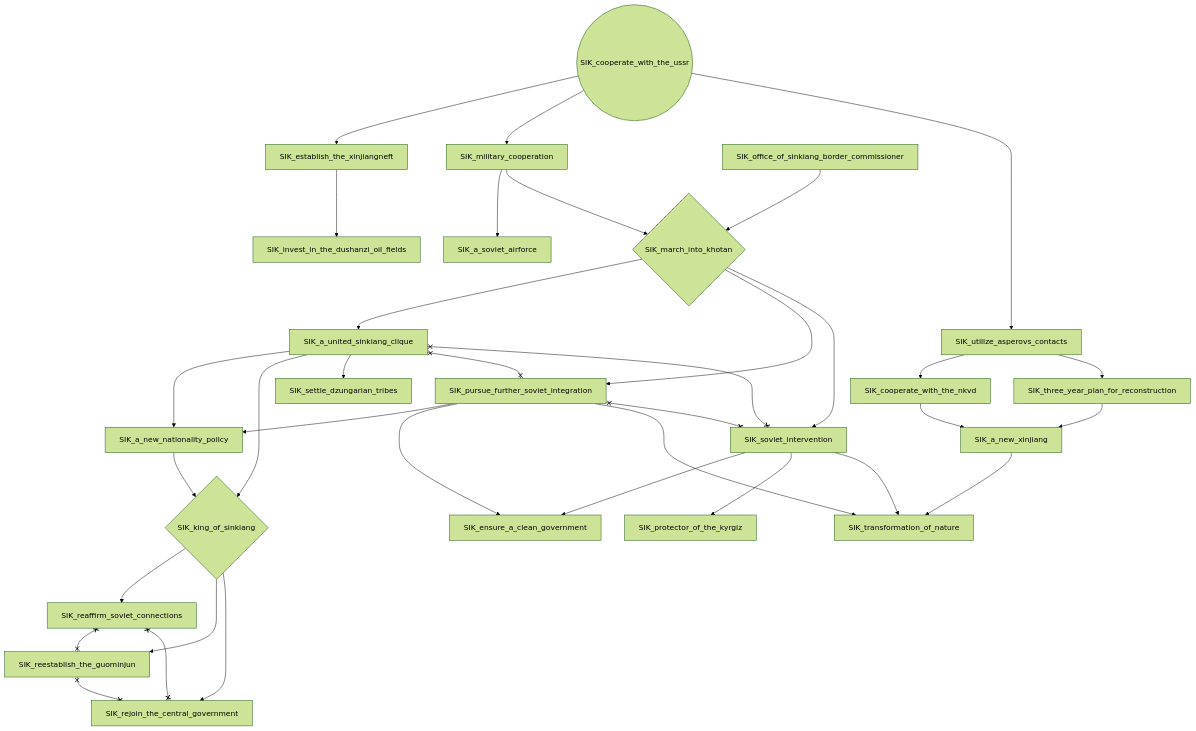
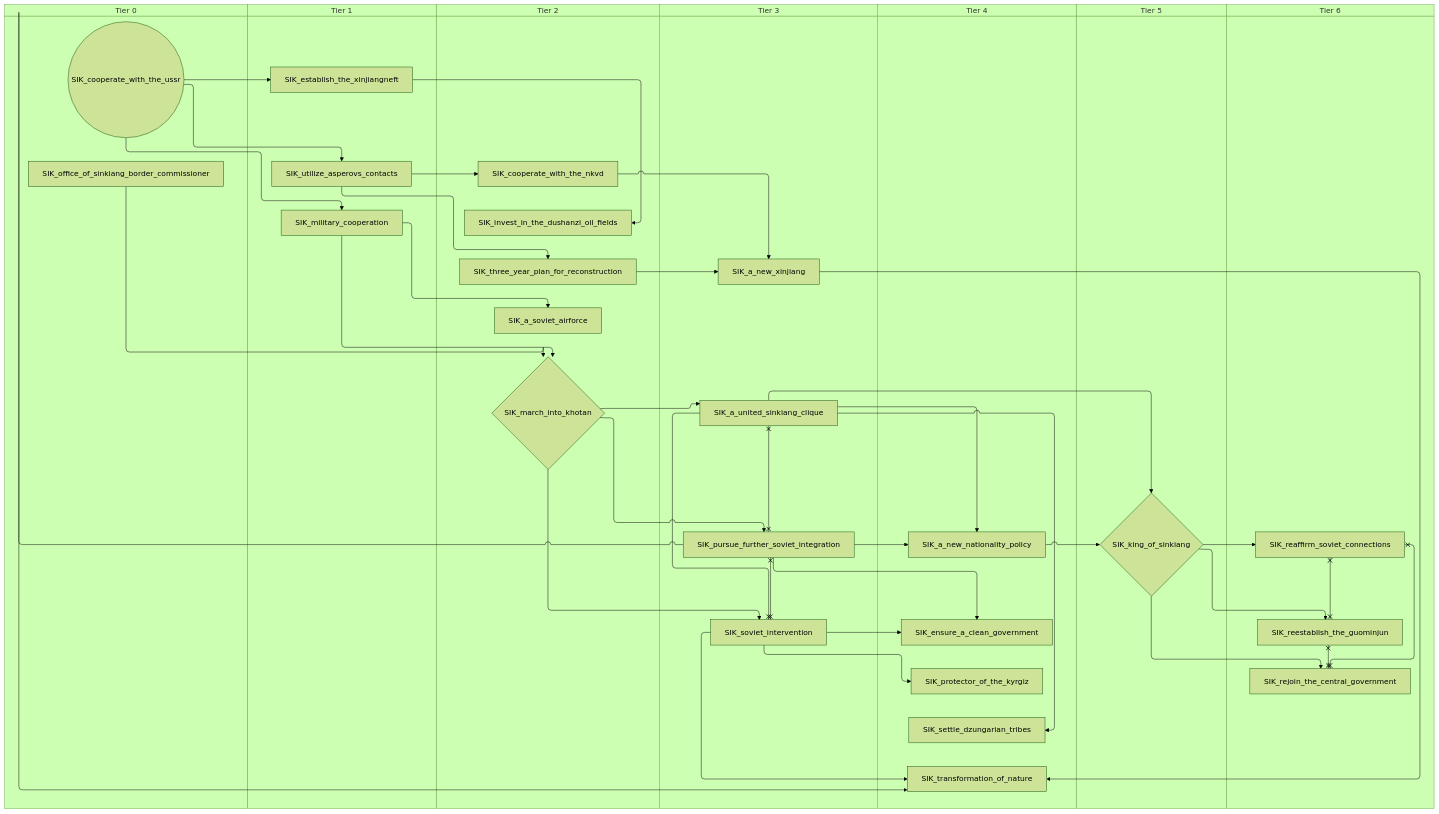
Before and after one commit to evgeny-sobol/hoi4-sandbox-mode: the ninth of 13 diagrams in docs/gdd/National Focuses/china_warlord_sea.md, drawn with Mermaid (forest theme). The commit also changed other lines of this file and 80 other files, not shown here.

First line of the commit message:
Add swimlane mode to focus graph exporter

````diff
--- a/docs/gdd/National Focuses/china_warlord_sea.md
+++ b/docs/gdd/National Focuses/china_warlord_sea.md
@@ -323,60 +399,74 @@
 ```mermaid
-flowchart TD
-    n59["SIK_a_new_nationality_policy"]
-    n60["SIK_a_new_xinjiang"]
-    n109["SIK_a_soviet_airforce"]
-    n61["SIK_a_united_sinkiang_clique"]
-    n110["SIK_cooperate_with_the_nkvd"]
-    n111(("SIK_cooperate_with_the_ussr"))
-    n62["SIK_ensure_a_clean_government"]
-    n112["SIK_establish_the_xinjiangneft"]
-    n113["SIK_invest_in_the_dushanzi_oil_fields"]
-    n63{"SIK_king_of_sinkiang"}
-    n64{"SIK_march_into_khotan"}
-    n65["SIK_military_cooperation"]
-    n66["SIK_office_of_sinkiang_border_commissioner"]
-    n67["SIK_protector_of_the_kyrgiz"]
-    n68["SIK_pursue_further_soviet_integration"]
-    n69["SIK_reaffirm_soviet_connections"]
-    n70["SIK_reestablish_the_guominjun"]
-    n71["SIK_rejoin_the_central_government"]
-    n72["SIK_settle_dzungarian_tribes"]
-    n74["SIK_soviet_intervention"]
-    n114["SIK_three_year_plan_for_reconstruction"]
-    n75["SIK_transformation_of_nature"]
-    n115["SIK_utilize_asperovs_contacts"]
-    n61 --> n59
-    n68 --> n59
-    n114 --> n60
-    n110 --> n60
-    n65 --> n109
-    n64 --> n61
-    n115 --> n110
-    n74 --> n62
-    n68 --> n62
-    n111 --> n112
-    n112 --> n113
-    n61 --> n63
-    n59 --> n63
-    n65 --> n64
-    n66 --> n64
-    n111 --> n65
-    n74 --> n67
+swimlane-beta TD
+    subgraph tier_0["Tier 0"]
+        n109(("SIK_cooperate_with_the_ussr"))
+        n55["SIK_office_of_sinkiang_border_commissioner"]
+    end
+    subgraph tier_1["Tier 1"]
+        n110["SIK_establish_the_xinjiangneft"]
+        n52["SIK_military_cooperation"]
+        n111["SIK_utilize_asperovs_contacts"]
+    end
+    subgraph tier_2["Tier 2"]
+        n112["SIK_a_soviet_airforce"]
+        n113["SIK_cooperate_with_the_nkvd"]
+        n114["SIK_invest_in_the_dushanzi_oil_fields"]
+        n57{"SIK_march_into_khotan"}
+        n115["SIK_three_year_plan_for_reconstruction"]
+    end
+    subgraph tier_3["Tier 3"]
+        n51["SIK_a_new_xinjiang"]
+        n62["SIK_a_united_sinkiang_clique"]
+        n63["SIK_pursue_further_soviet_integration"]
+        n64["SIK_soviet_intervention"]
+    end
+    subgraph tier_4["Tier 4"]
+        n66["SIK_a_new_nationality_policy"]
+        n67["SIK_ensure_a_clean_government"]
+        n68["SIK_protector_of_the_kyrgiz"]
+        n69["SIK_settle_dzungarian_tribes"]
+        n70["SIK_transformation_of_nature"]
+    end
+    subgraph tier_5["Tier 5"]
+        n72{"SIK_king_of_sinkiang"}
+    end
+    subgraph tier_6["Tier 6"]
+        n73["SIK_reaffirm_soviet_connections"]
+        n74["SIK_reestablish_the_guominjun"]
+        n75["SIK_rejoin_the_central_government"]
+    end
+    n62 --> n66
+    n63 --> n66
+    n115 --> n51
+    n113 --> n51
+    n52 --> n112
+    n57 --> n62
+    n111 --> n113
+    n64 --> n67
+    n63 --> n67
+    n109 --> n110
+    n110 --> n114
+    n62 --> n72
+    n66 --> n72
+    n52 --> n57
+    n55 --> n57
+    n109 --> n52
     n64 --> n68
-    n63 --> n69
+    n57 --> n63
+    n72 --> n73
+    n72 --> n74
+    n72 --> n75
+    n62 --> n69
+    n57 --> n64
+    n111 --> n115
+    n64 --> n70
     n63 --> n70
-    n63 --> n71
-    n61 --> n72
-    n64 --> n74
-    n115 --> n114
-    n74 --> n75
-    n68 --> n75
-    n60 --> n75
-    n111 --> n115
-    n61 x--x n68
-    n61 x--x n74
-    n68 x--x n74
-    n69 x--x n70
-    n69 x--x n71
-    n70 x--x n71
+    n51 --> n70
+    n109 --> n111
+    n62 x--x n63
+    n62 x--x n64
+    n63 x--x n64
+    n73 x--x n74
+    n73 x--x n75
+    n74 x--x n75
 ```
````
